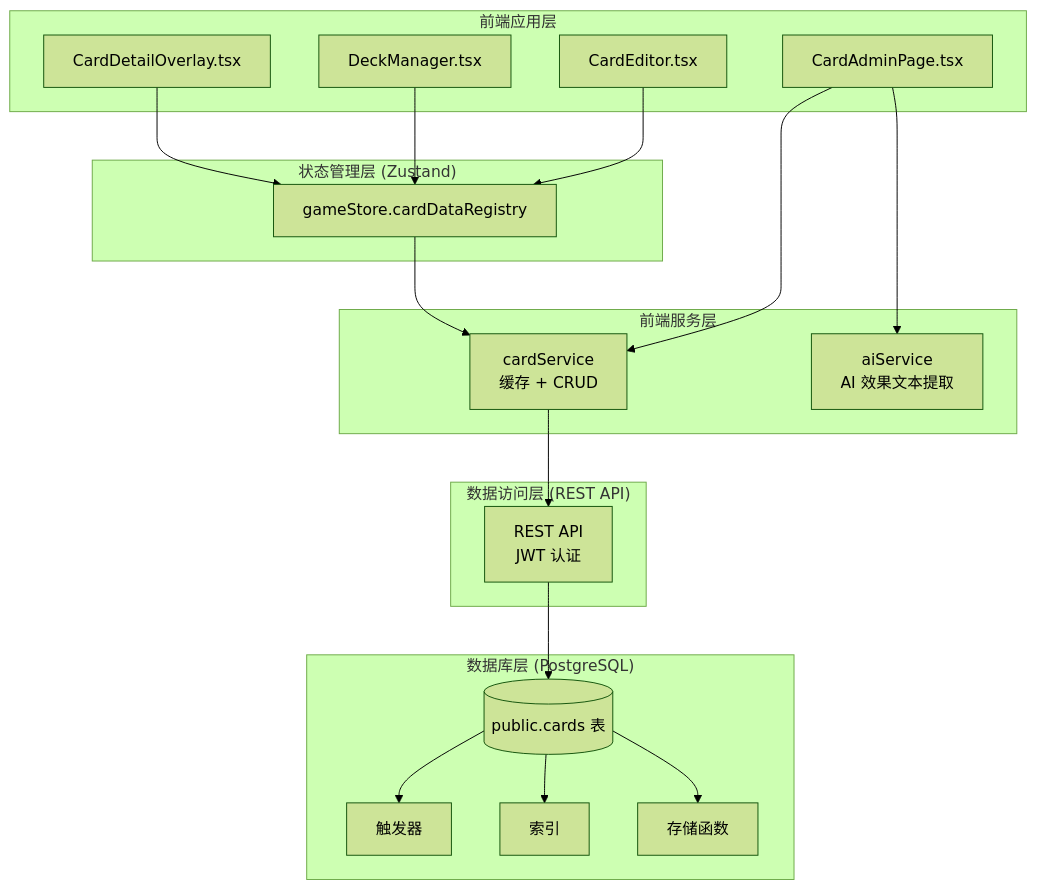
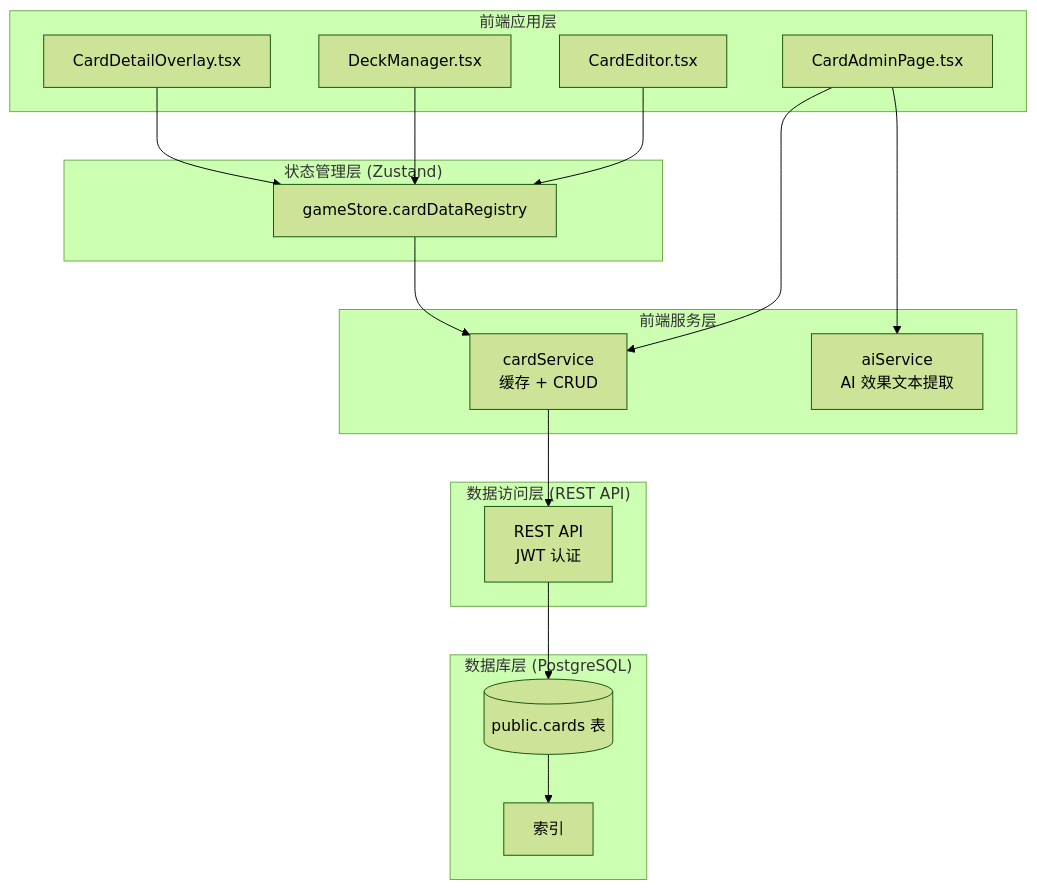
Before and after one commit to catmeow123456/loveca-dev: the first of 5 diagrams in docs/card-data-management/design.md, drawn with Mermaid (forest theme). The commit also changed other lines of this file and 8 other files, not shown here.

````diff
--- a/docs/card-data-management/design.md
+++ b/docs/card-data-management/design.md
@@ -10,41 +10,37 @@
 ```mermaid
 flowchart TB
     subgraph Frontend["前端应用层"]
         CAP[CardAdminPage.tsx]
         CE[CardEditor.tsx]
         DM[DeckManager.tsx]
         CDO[CardDetailOverlay.tsx]
     end
 
     subgraph Services["前端服务层"]
         CS[cardService<br/>缓存 + CRUD]
         AI[aiService<br/>AI 效果文本提取]
     end
 
     subgraph State["状态管理层 (Zustand)"]
         GDR[gameStore.cardDataRegistry]
     end
 
     subgraph DataAccess["数据访问层 (REST API)"]
         SB[REST API<br/>JWT 认证]
     end
 
     subgraph Database["数据库层 (PostgreSQL)"]
         CARDS[(public.cards 表)]
-        TRIGGER[触发器]
         IDX[索引]
-        FUNC[存储函数]
     end
 
     CAP --> CS
     CAP --> AI
     CE --> GDR
     DM --> GDR
     CDO --> GDR
     GDR --> CS
     CS --> SB
     SB --> CARDS
-    CARDS --> TRIGGER
     CARDS --> IDX
-    CARDS --> FUNC
 ```
````
